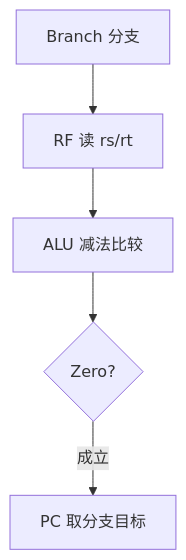
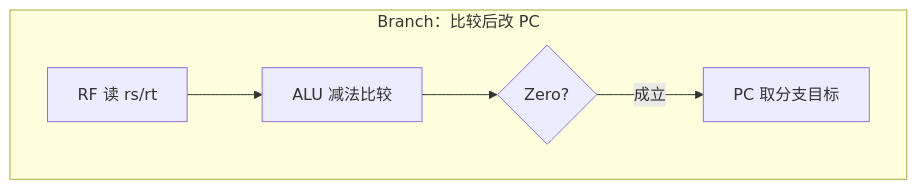
One commit to SummerS-tars/jizu-course-guides changed the third of 7 diagrams in guides/计组-课件05-学习指南.md. Above: the diagram before and after it, drawn with Mermaid. The commit also changed other lines of this file, not shown here.

Commit message:
docs(计组): 修正课件05数据流图子图布局

````diff
--- a/guides/计组-课件05-学习指南.md
+++ b/guides/计组-课件05-学习指南.md
@@ -126,7 +128,8 @@
 ```mermaid
 flowchart TB
-  B0["Branch 分支"] --> B1["RF 读 rs/rt"]
-  B1 --> ALU3["ALU 减法比较"]
-  ALU3 --> Z{"Zero?"}
-  Z -->|成立| PC["PC 取分支目标"]
+  subgraph Branch["Branch：比较后改 PC"]
+    B1["RF 读 rs/rt"] --> ALU3["ALU 减法比较"]
+    ALU3 --> Z{"Zero?"}
+    Z -->|成立| PC["PC 取分支目标"]
+  end
 ```
````
